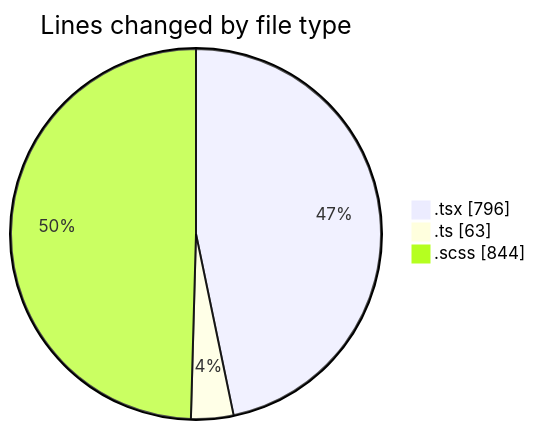
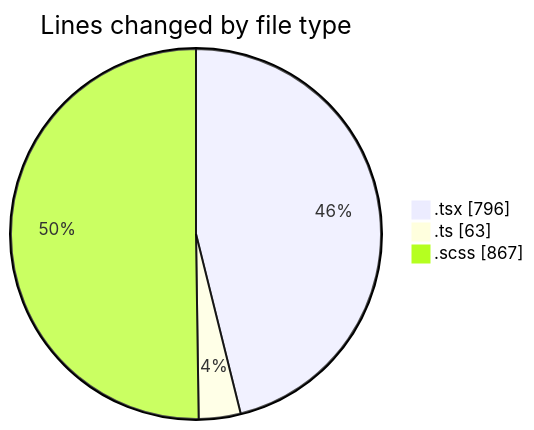
One commit to momahboobian/code-tracking changed the first of 2 diagrams in 2025-04-02/cda/README.md. Above: the diagram before and after it, drawn with Mermaid. The commit also changed other lines of this file and 1 other file, not shown here.

````diff
--- a/2025-04-02/cda/README.md
+++ b/2025-04-02/cda/README.md
@@ -26,7 +26,7 @@
 ```mermaid
 pie showData
 title Lines changed by file type
 ".tsx" : 796
 ".ts" : 63
-".scss" : 844
+".scss" : 867
 ```
````
